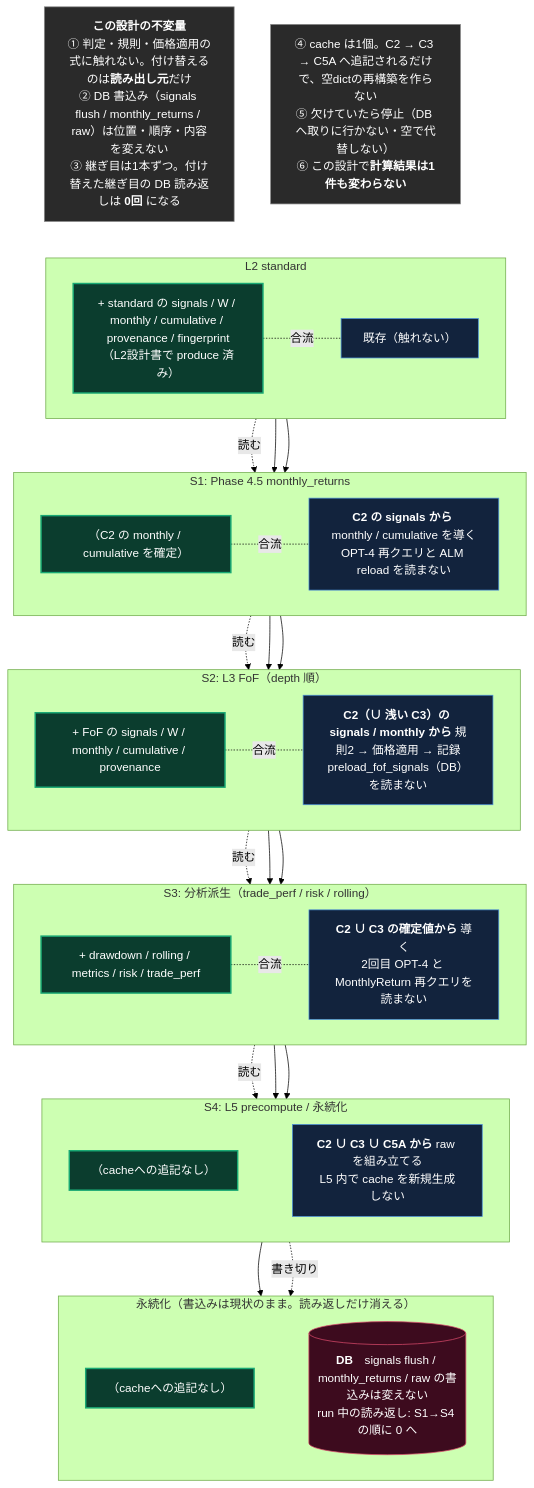
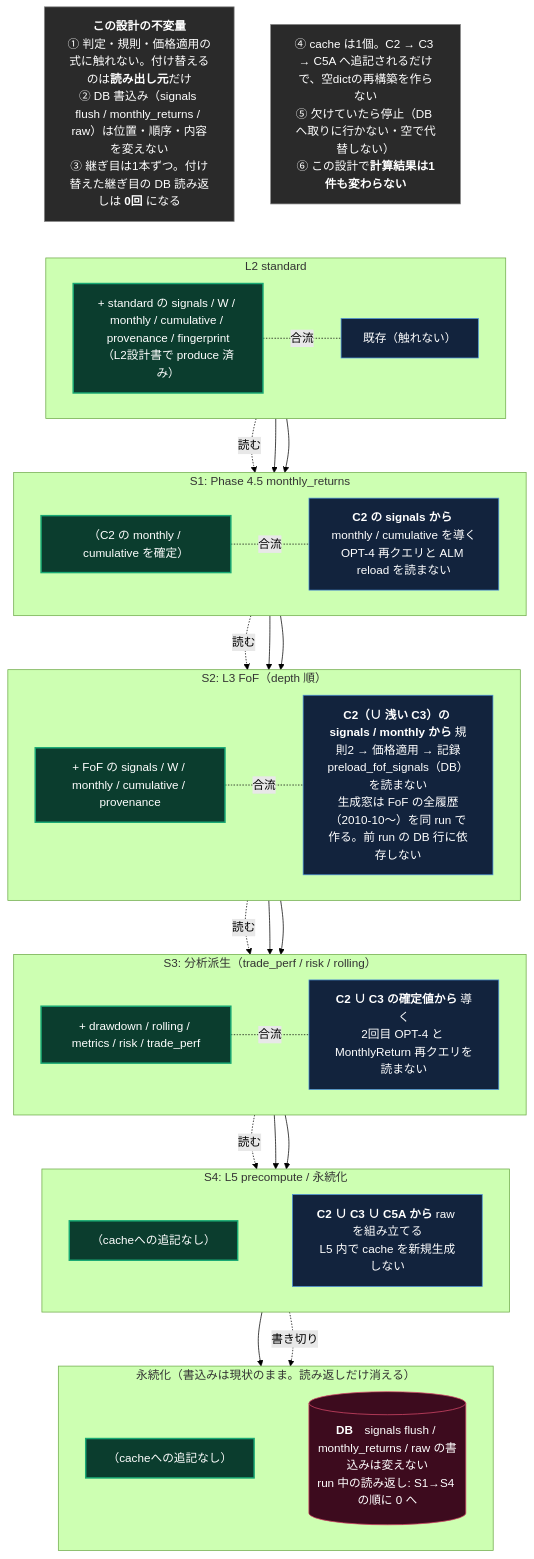
Before and after one commit to simokitafresh/multi-agent-shogun: the diagram in docs/research/dm-l2-l3-seam-design_20260816.md, drawn with Mermaid (forest theme). The commit also changed other lines of this file, not shown here.

Commit message:
doc(seam): ToBe v1.1 S2窓拡張(殿裁定15:48)+二値合否に同一入力/shadow/履歴非依存+run438実測

````diff
--- a/docs/research/dm-l2-l3-seam-design_20260816.md
+++ b/docs/research/dm-l2-l3-seam-design_20260816.md
@@ -42,63 +42,63 @@
 ```mermaid
 flowchart TB
   classDef cache fill:#0b3d2e,stroke:#19a974,color:#ffffff,stroke-width:2px
   classDef calc fill:#12233d,stroke:#4a90d9,color:#ffffff
   classDef sink fill:#3d0b1e,stroke:#d94a6a,color:#ffffff
   classDef rule fill:#2a2a2a,stroke:#888888,color:#ffffff
 
   INV1["<b>この設計の不変量</b><br/>① 判定・規則・価格適用の式に触れない。付け替えるのは<b>読み出し元</b>だけ<br/>② DB 書込み（signals flush / monthly_returns / raw）は位置・順序・内容を変えない<br/>③ 継ぎ目は1本ずつ。付け替えた継ぎ目の DB 読み返しは <b>0回</b> になる"]:::rule
   INV2["④ cache は1個。C2 → C3 → C5A へ追記されるだけで、空dictの再構築を作らない<br/>⑤ 欠けていたら停止（DB へ取りに行かない・空で代替しない）<br/>⑥ この設計で<b>計算結果は1件も変わらない</b>"]:::rule
 
   subgraph R2["L2 standard"]
     direction LR
     C2["+ standard の signals / W / monthly / cumulative / provenance / fingerprint（L2設計書で produce 済み）"]:::cache
     X2["既存（触れない）"]:::calc
     C2 <-.-|"合流"| X2
   end
 
   subgraph R25["S1: Phase 4.5 monthly_returns"]
     direction LR
     C25["（C2 の monthly / cumulative を確定）"]:::cache
     X25["<b>C2 の signals から</b> monthly / cumulative を導く<br/>OPT-4 再クエリと ALM reload を読まない"]:::calc
     C2 -.->|"読む"| X25
     C25 <-.-|"合流"| X25
   end
 
   subgraph R3["S2: L3 FoF（depth 順）"]
     direction LR
     C3["+ FoF の signals / W / monthly / cumulative / provenance"]:::cache
-    X3["<b>C2（∪ 浅い C3）の signals / monthly から</b> 規則2 → 価格適用 → 記録<br/>preload_fof_signals（DB）を読まない"]:::calc
+    X3["<b>C2（∪ 浅い C3）の signals / monthly から</b> 規則2 → 価格適用 → 記録<br/>preload_fof_signals（DB）を読まない<br/>生成窓は FoF の全履歴（2010-10〜）を同 run で作る。前 run の DB 行に依存しない"]:::calc
     C25 -.->|"読む"| X3
     C3 <-.-|"合流"| X3
   end
 
   subgraph R5A["S3: 分析派生（trade_perf / risk / rolling）"]
     direction LR
     C5A["+ drawdown / rolling / metrics / risk / trade_perf"]:::cache
     X5A["<b>C2 ∪ C3 の確定値から</b> 導く<br/>2回目 OPT-4 と MonthlyReturn 再クエリを読まない"]:::calc
     C3 -.->|"読む"| X5A
     C5A <-.-|"合流"| X5A
   end
 
   subgraph R5B["S4: L5 precompute / 永続化"]
     direction LR
     C5B["（cacheへの追記なし）"]:::cache
     X5B["<b>C2 ∪ C3 ∪ C5A から</b> raw を組み立てる<br/>L5 内で cache を新規生成しない"]:::calc
     C5B ~~~ X5B
     C5A -.->|"読む"| X5B
   end
 
   INV1 ~~~ R2
   INV2 ~~~ R2
   C2 --> C25 --> C3 --> C5A --> C5B
   X2 --> X25 --> X3 --> X5A --> X5B
 
   subgraph RDB["永続化（書込みは現状のまま。読み返しだけ消える）"]
     direction LR
     CDB["（cacheへの追記なし）"]:::cache
     DB[("<b>DB</b>　signals flush / monthly_returns / raw の書込みは変えない<br/>run 中の読み返し: S1→S4 の順に 0 へ")]:::sink
     CDB ~~~ DB
   end
   C5B --> CDB
   X5B -.->|"書き切り"| DB
 ```
````
